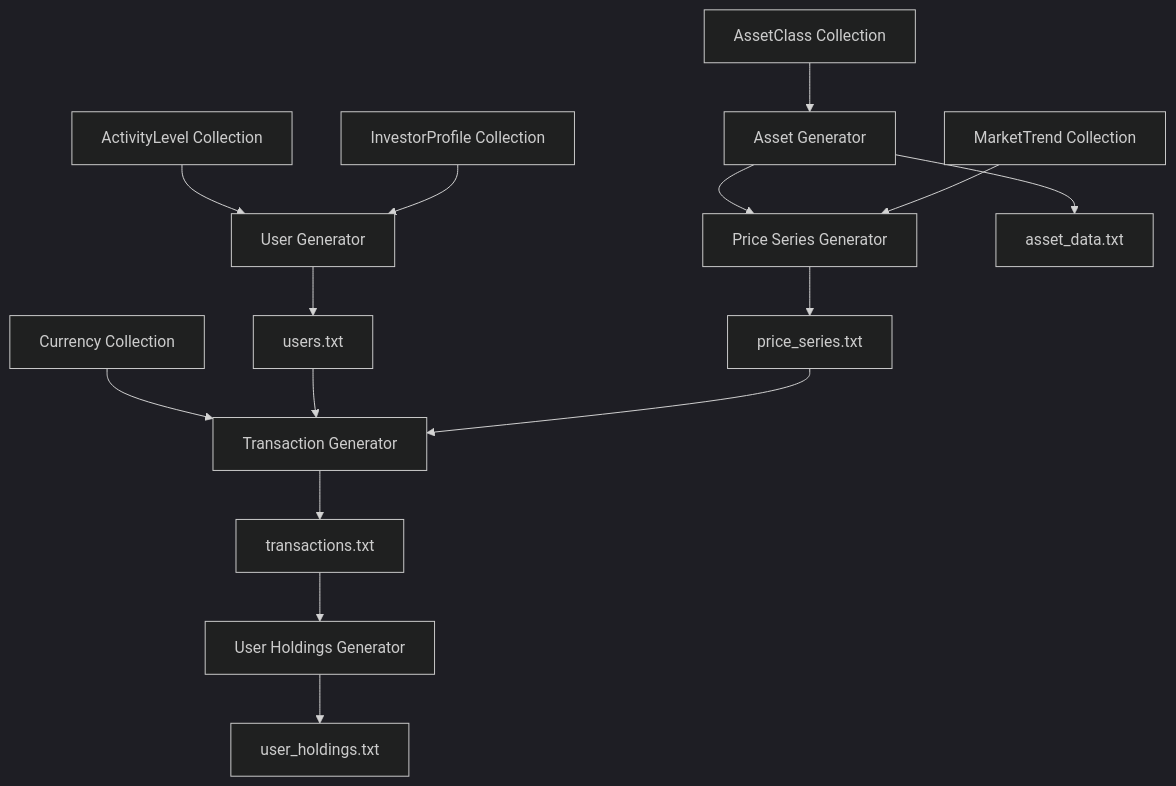
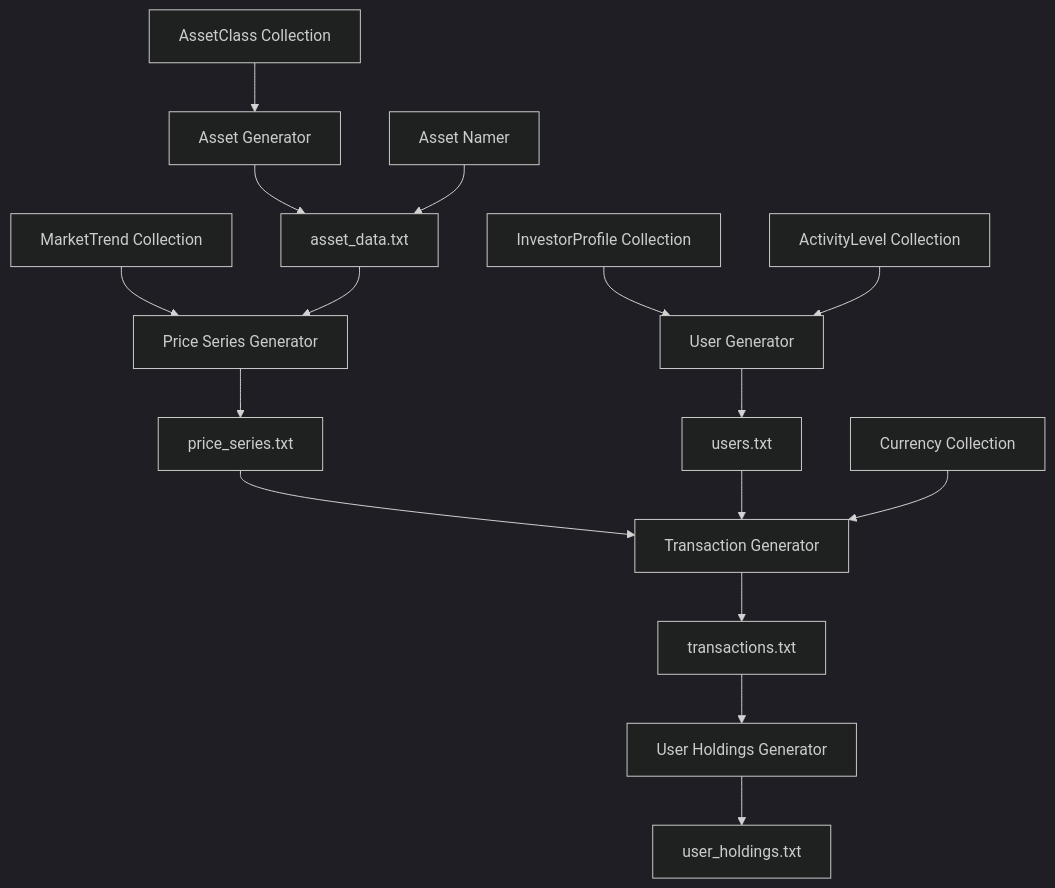
Before and after one commit to Schinzel/wise-crowd-data-generator: the diagram in doc/project_description/design.md, drawn with Mermaid (dark theme). The commit also changed other lines of this file, not shown here.

````diff
--- a/doc/project_description/design.md
+++ b/doc/project_description/design.md
@@ -5,39 +5,41 @@
 ```mermaid
 flowchart TD
     %% Data Collections
     MT[MarketTrend Collection] 
     AC[AssetClass Collection]
     C[Currency Collection]
     IP[InvestorProfile Collection]
     AL[ActivityLevel Collection]
     
     %% Generators
     AG[Asset Generator]
+    AN[Asset Namer]
     PSG[Price Series Generator]
     UG[User Generator]
     TG[Transaction Generator]
     UHG[User Holdings Generator]
     
     %% Output files
     AD[asset_data.txt]
     PS[price_series.txt]
     U[users.txt]
     T[transactions.txt]
     UH[user_holdings.txt]
     
     %% Relationships
     AC --> AG
     MT --> PSG
     AG --> AD
-    AG --> PSG
+    AN --> AD
+    AD --> PSG
     PSG --> PS
     IP --> UG
     AL --> UG
     UG --> U
     PS --> TG
     U --> TG
     C --> TG
     TG --> T
     T --> UHG
     UHG --> UH
 ```
````
